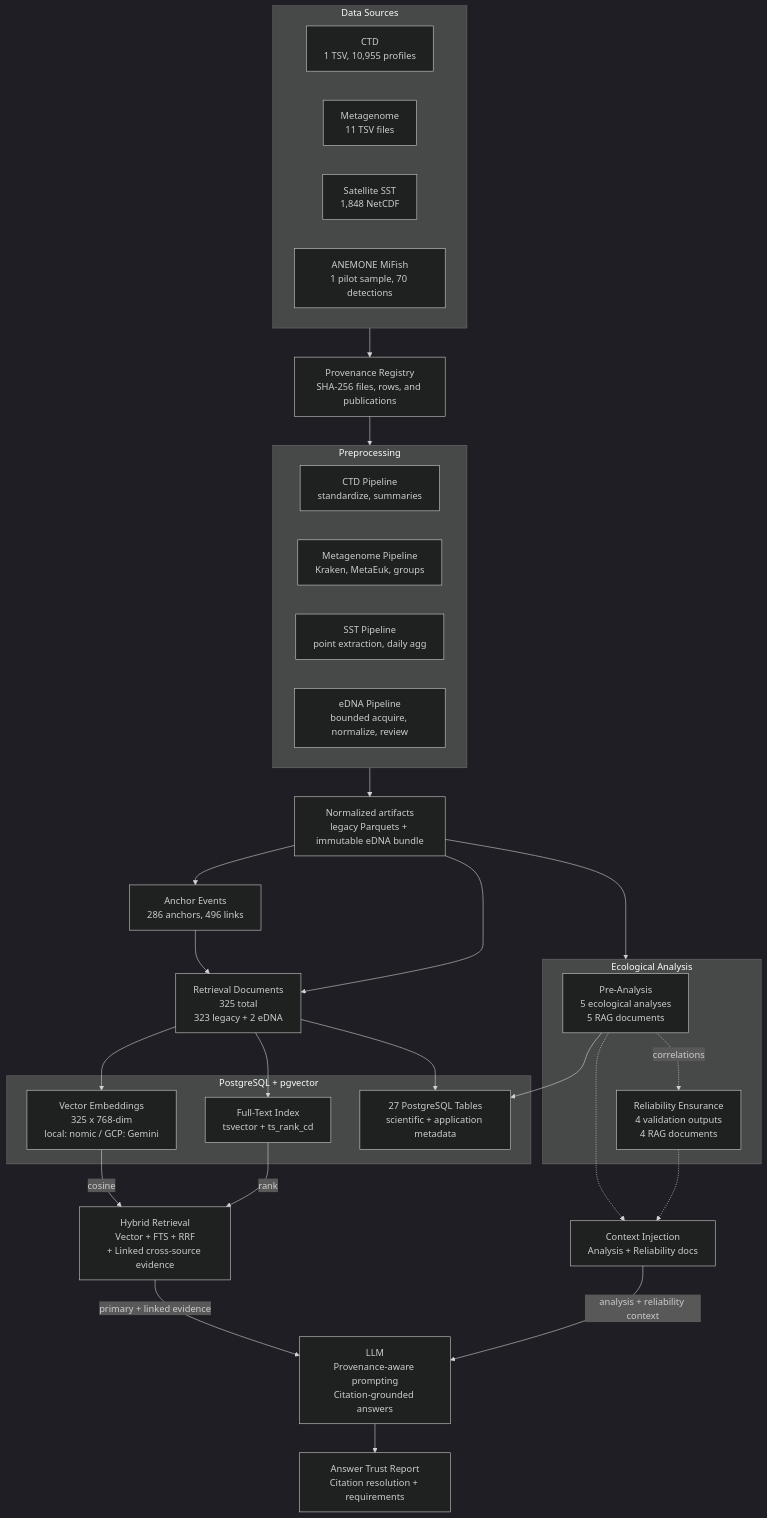
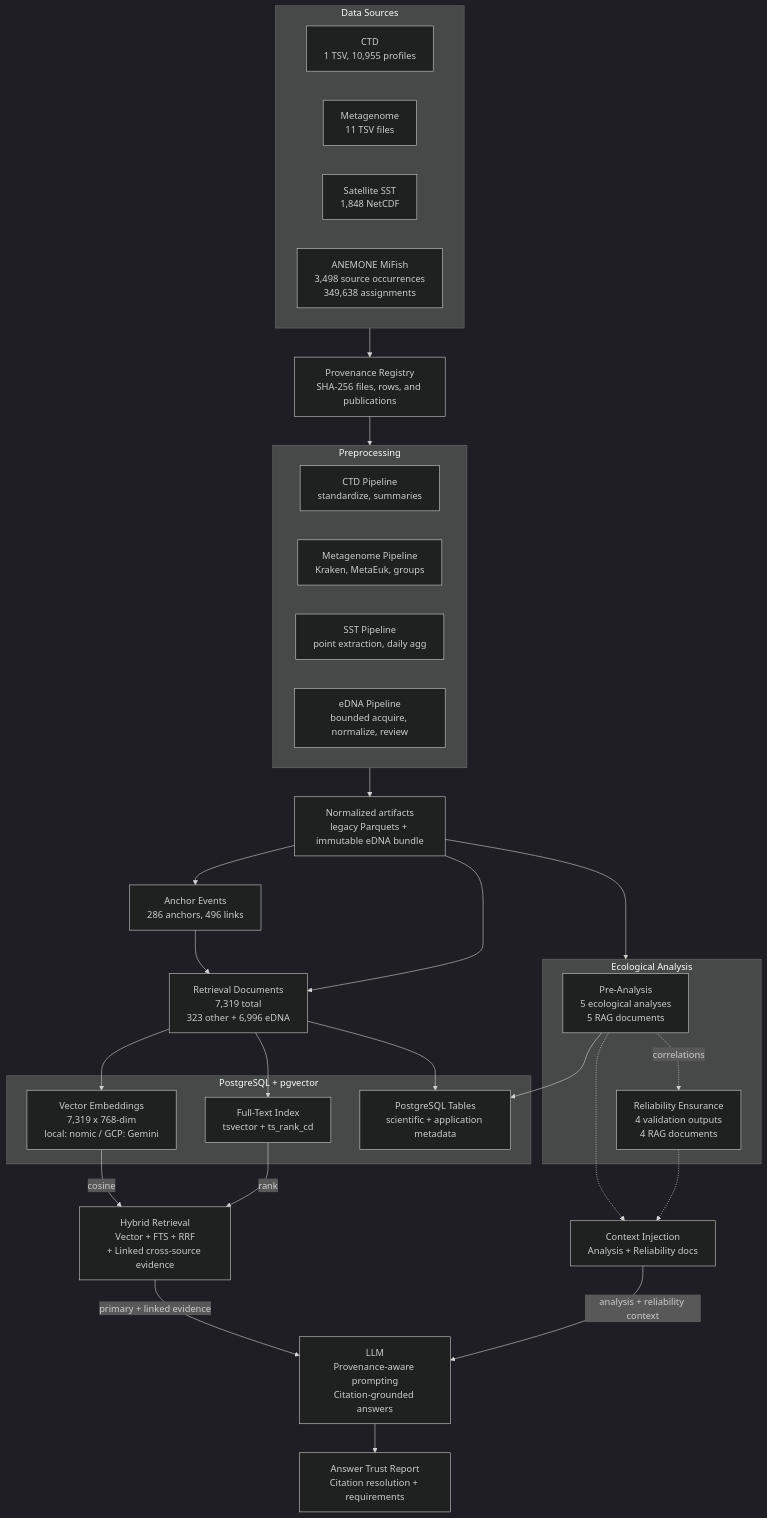
One commit to jarondlk/ocean-platform changed the diagram in README.md. Above: the diagram before and after it, drawn with Mermaid (dark theme). The commit also changed other lines of this file and 11 other files, not shown here.

````diff
--- a/README.md
+++ b/README.md
@@ -171,55 +162,55 @@
 ```mermaid
 flowchart TB
     subgraph Sources["Data Sources"]
         CTD["CTD\n1 TSV, 10,955 profiles"]
         META["Metagenome\n11 TSV files"]
         SST["Satellite SST\n1,848 NetCDF"]
-        EDNA["ANEMONE MiFish\n1 pilot sample, 70 detections"]
+        EDNA["ANEMONE MiFish\n3,498 source occurrences\n349,638 assignments"]
     end
 
     PROV["Provenance Registry\nSHA-256 files, rows, and publications"]
 
     subgraph Preprocess["Preprocessing"]
         CTD_PP["CTD Pipeline\nstandardize, summaries"]
         META_PP["Metagenome Pipeline\nKraken, MetaEuk, groups"]
         SST_PP["SST Pipeline\npoint extraction, daily agg"]
         EDNA_PP["eDNA Pipeline\nbounded acquire, normalize, review"]
     end
 
     NORM["Normalized artifacts\nlegacy Parquets + immutable eDNA bundle"]
     ANCHOR["Anchor Events\n286 anchors, 496 links"]
 
     subgraph Analysis["Ecological Analysis"]
         PREANA["Pre-Analysis\n5 ecological analyses\n5 RAG documents"]
         RELIAB["Reliability Ensurance\n4 validation outputs\n4 RAG documents"]
     end
 
-    RETDOCS["Retrieval Documents\n325 total\n323 legacy + 2 eDNA"]
+    RETDOCS["Retrieval Documents\n7,319 total\n323 other + 6,996 eDNA"]
 
     subgraph Storage["PostgreSQL + pgvector"]
-        EMB["Vector Embeddings\n325 x 768-dim\nlocal: nomic / GCP: Gemini"]
+        EMB["Vector Embeddings\n7,319 x 768-dim\nlocal: nomic / GCP: Gemini"]
         FTS["Full-Text Index\ntsvector + ts_rank_cd"]
-        DB["27 PostgreSQL Tables\nscientific + application metadata"]
+        DB["PostgreSQL Tables\nscientific + application metadata"]
     end
 
     RET["Hybrid Retrieval\nVector + FTS + RRF\n+ Linked cross-source evidence"]
     CTX["Context Injection\nAnalysis + Reliability docs"]
     LLM["LLM\nProvenance-aware prompting\nCitation-grounded answers"]
     AUDIT["Answer Trust Report\nCitation resolution + requirements"]
 
     Sources --> PROV --> Preprocess --> NORM
     NORM --> ANCHOR
     NORM --> Analysis
     PREANA -.->|correlations| RELIAB
     ANCHOR --> RETDOCS
     NORM --> RETDOCS
     RETDOCS --> EMB & FTS & DB
     PREANA --> DB
     EMB -->|cosine| RET
     FTS -->|rank| RET
     PREANA -.-> CTX
     RELIAB -.-> CTX
     RET -->|primary + linked evidence| LLM
     CTX -->|analysis + reliability context| LLM
     LLM --> AUDIT
 ```
````
